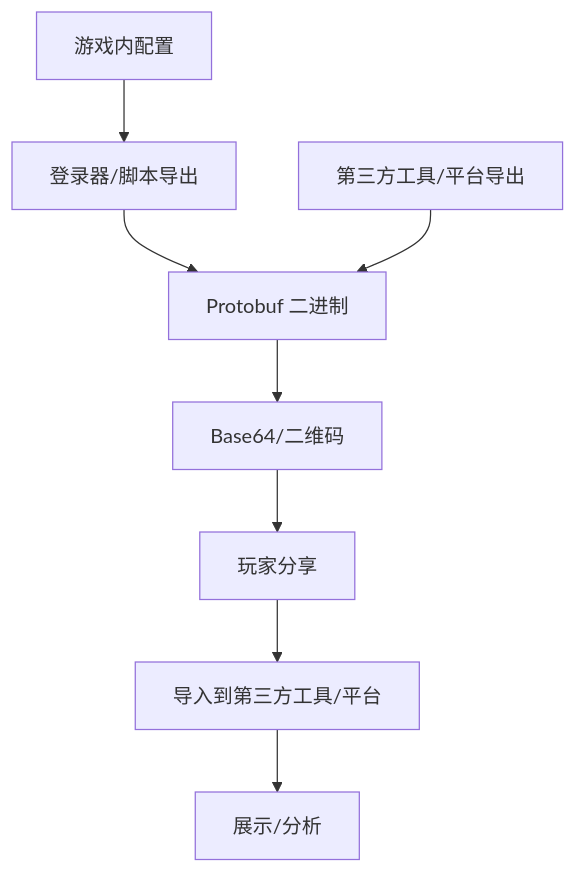
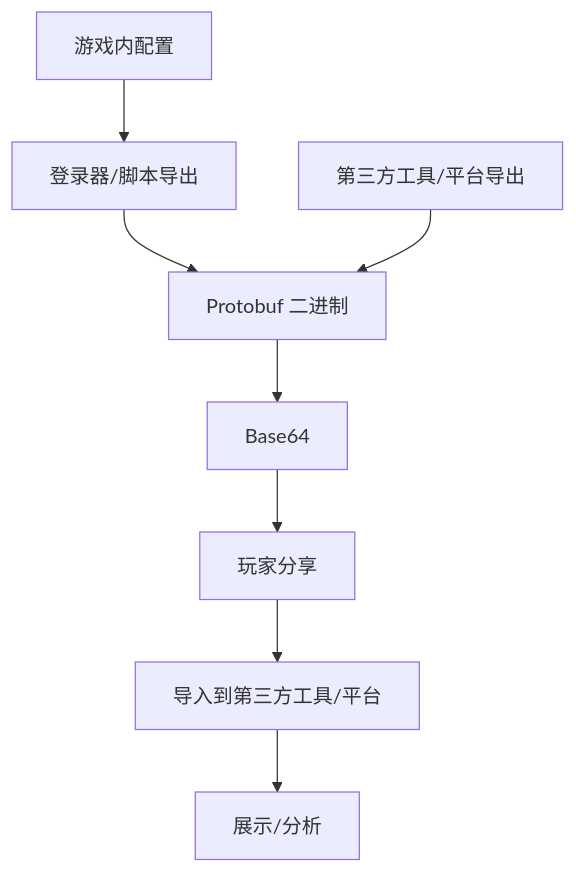
One commit to Nattsu39/seer-pet-code changed the diagram in README.md. Above: the diagram before and after it, drawn with Mermaid. The commit also changed other lines of this file and 2 other files, not shown here.

````diff
--- a/README.md
+++ b/README.md
@@ -51,11 +51,11 @@
 ```mermaid
 graph TD
     A1[游戏内配置] --> B1[登录器/脚本导出]
     B1 --> C1[Protobuf 二进制]
-    C1 --> D1[Base64/二维码]
+    C1 --> D1[Base64]
     D1 --> E[玩家分享]
     E --> F1[导入到第三方工具/平台]
     F1 --> G1[展示/分析]
 
     A2[第三方工具/平台导出] --> C1
 ```
````
